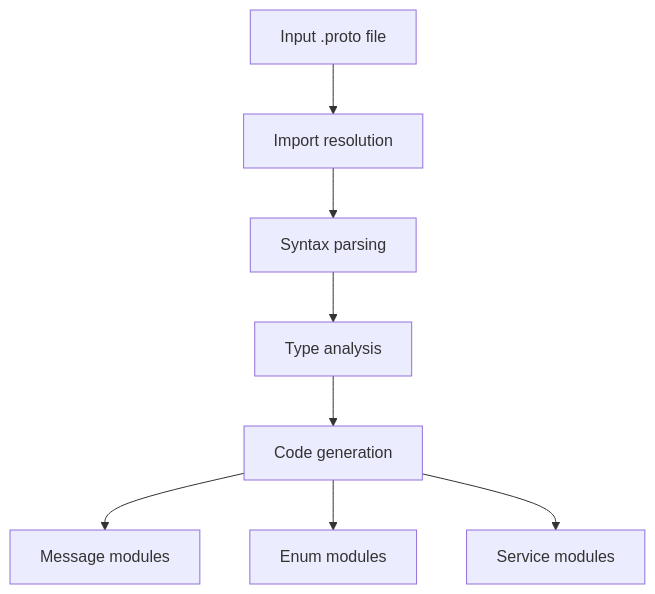
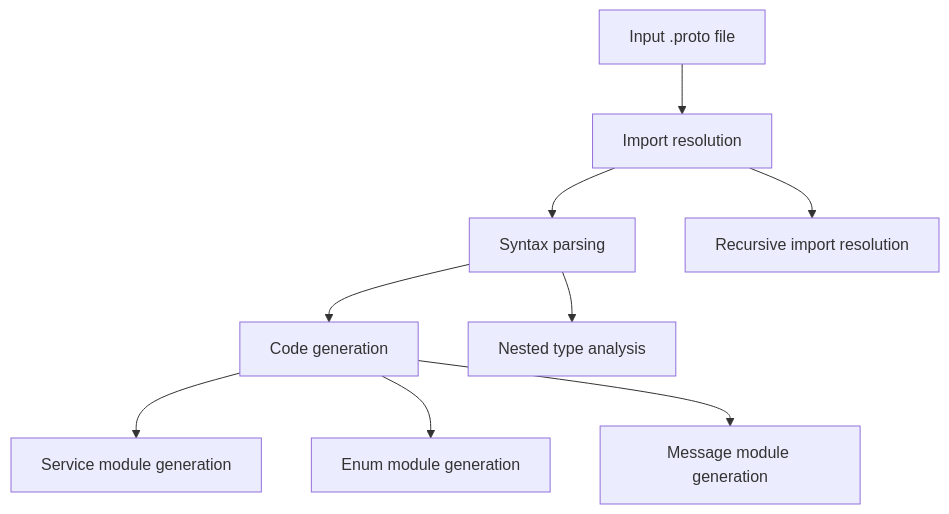
One commit to webc-site/npm changed the diagram in proto2js/readme/en/README.md. Above: the diagram before and after it, drawn with Mermaid. The commit also changed other lines of this file and 1 other file, not shown here.

Commit message:
docs: enhance READMEs with ESM support details, batch processing, and updated architecture diagrams

````diff
--- a/proto2js/readme/en/README.md
+++ b/proto2js/readme/en/README.md
@@ -34,10 +37,11 @@
 ```mermaid
 graph TD
 A[Input .proto file] --> B[Import resolution]
 B --> C[Syntax parsing]
-C --> D[Type analysis]
-D --> E[Code generation]
-E --> F[Message modules]
-E --> G[Enum modules]
-E --> H[Service modules]
+C --> D[Code generation]
+B --> B1[Recursive import resolution]
+C --> C1[Nested type analysis]
+D --> D1[Service module generation]
+D --> D2[Enum module generation]
+D --> D3[Message module generation]
 ```
````
